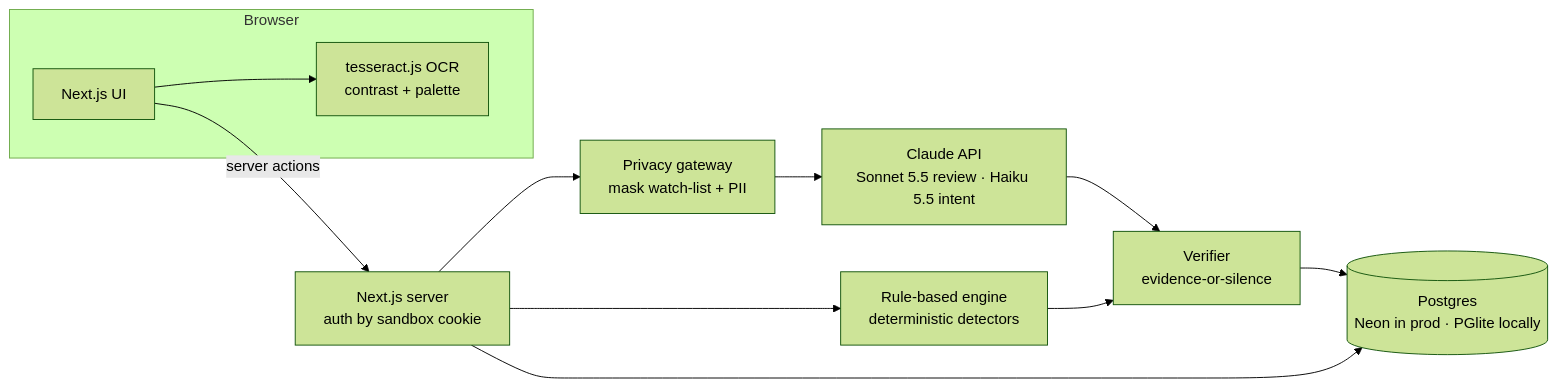
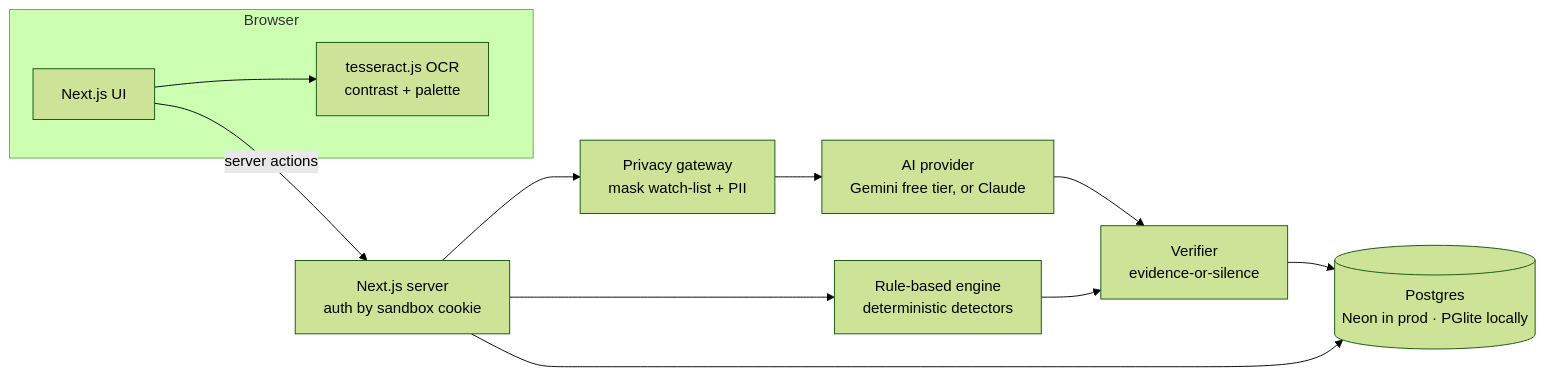
Before and after one commit to n1h4r1k4/brandrail: the diagram in README.md, drawn with Mermaid (forest theme). The commit also changed other lines of this file and 27 other files, not shown here.

First line of the commit message:
Make the AI layer provider-agnostic with a free Gemini option; polish the UI

````diff
--- a/README.md
+++ b/README.md
@@ -34,14 +34,14 @@
 ```mermaid
 flowchart LR
   subgraph Browser
     UI[Next.js UI] --> OCR[tesseract.js OCR<br/>contrast + palette]
   end
   UI -- server actions --> API[Next.js server<br/>auth by sandbox cookie]
   API --> RE[Rule-based engine<br/>deterministic detectors]
   API --> PG[Privacy gateway<br/>mask watch-list + PII]
-  PG --> CL[Claude API<br/>Sonnet 5.5 review · Haiku 5.5 intent]
+  PG --> CL[AI provider<br/>Gemini free tier, or Claude]
   CL --> VF[Verifier<br/>evidence-or-silence]
   RE --> VF
   VF --> DB[(Postgres<br/>Neon in prod · PGlite locally)]
   API --> DB
 ```
````
